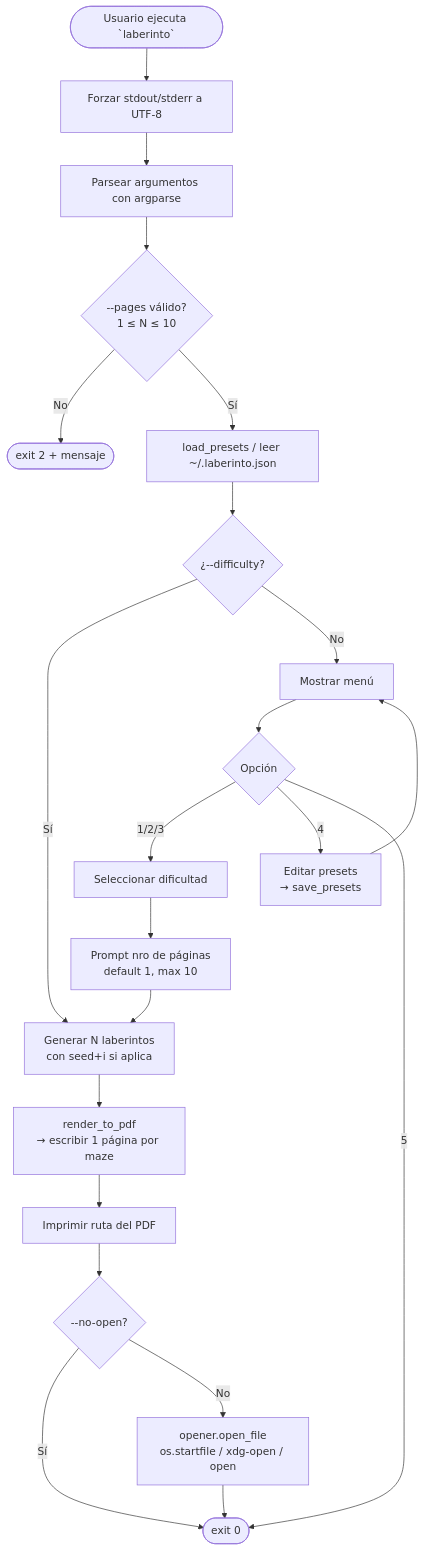
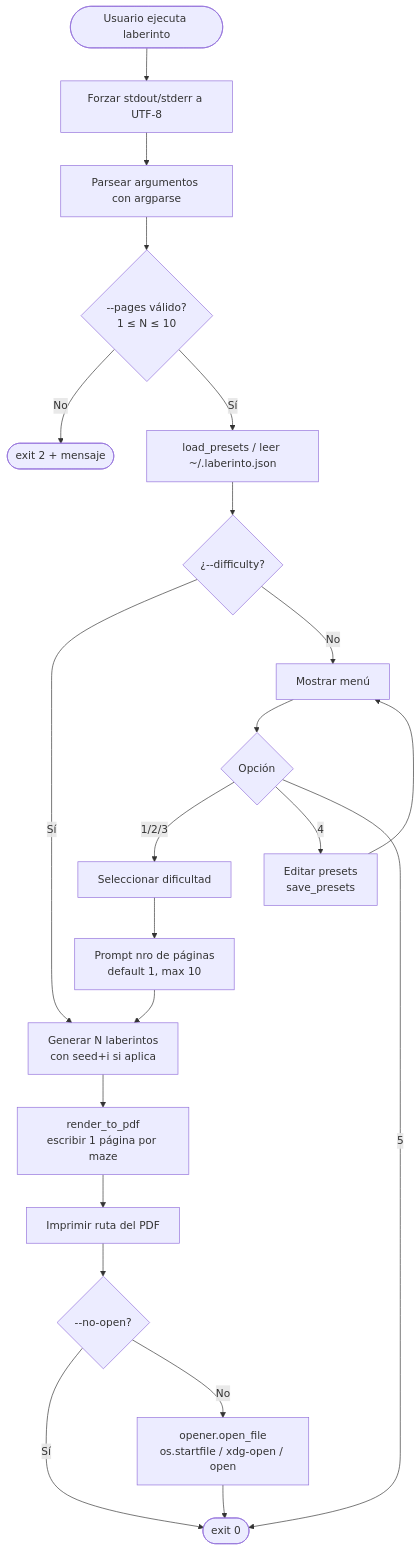
One commit to walticogt/python-laberinto changed the second of 3 diagrams in README.md. Above: the diagram before and after it, drawn with Mermaid. The commit also changed other lines of this file, not shown here.

Commit message:
README: fix Mermaid parse error in algorithm diagram
The algorithm flowchart's Start node had unquoted brackets in its label
(stack = [(0,0)]<br/>visited = {(0,0)}), which Mermaid parsed as
nested shape syntax and rejected with "Expecting CYLINDEREND, got
CYLINDERSTART".

Quoting all labels with double quotes makes them literal text and is the
documented escape mechanism for special characters. Applied the same
defensive quoting to the run-flow diagram so future edits don't trip on
the same issue.

````diff
--- a/README.md
+++ b/README.md
@@ -257,24 +257,24 @@
 ```mermaid
 flowchart TD
-    Start([Usuario ejecuta `laberinto`]) --> UTF8[Forzar stdout/stderr a UTF-8]
-    UTF8 --> Parse[Parsear argumentos con argparse]
-    Parse --> ValP{--pages válido?<br/>1 ≤ N ≤ 10}
-    ValP -->|No| Err2([exit 2 + mensaje])
-    ValP -->|Sí| Load[load_presets / leer ~/.laberinto.json]
-    Load --> HasDiff{¿--difficulty?}
+    Start(["Usuario ejecuta laberinto"]) --> UTF8["Forzar stdout/stderr a UTF-8"]
+    UTF8 --> Parse["Parsear argumentos con argparse"]
+    Parse --> ValP{"--pages válido?<br/>1 ≤ N ≤ 10"}
+    ValP -->|No| Err2(["exit 2 + mensaje"])
+    ValP -->|Sí| Load["load_presets / leer ~/.laberinto.json"]
+    Load --> HasDiff{"¿--difficulty?"}
     HasDiff -->|Sí| Gen
-    HasDiff -->|No| Menu[Mostrar menú]
-    Menu --> Choice{Opción}
-    Choice -->|1/2/3| SelDiff[Seleccionar dificultad]
-    Choice -->|4| Edit[Editar presets<br/>→ save_presets]
-    Choice -->|5| Exit0([exit 0])
+    HasDiff -->|No| Menu["Mostrar menú"]
+    Menu --> Choice{"Opción"}
+    Choice -->|1/2/3| SelDiff["Seleccionar dificultad"]
+    Choice -->|4| Edit["Editar presets<br/>save_presets"]
+    Choice -->|5| Exit0(["exit 0"])
     Edit --> Menu
-    SelDiff --> PromptP[Prompt nro de páginas<br/>default 1, max 10]
-    PromptP --> Gen[Generar N laberintos<br/>con seed+i si aplica]
-    Gen --> Render[render_to_pdf<br/>→ escribir 1 página por maze]
-    Render --> Print[Imprimir ruta del PDF]
-    Print --> NoOpen{--no-open?}
+    SelDiff --> PromptP["Prompt nro de páginas<br/>default 1, max 10"]
+    PromptP --> Gen["Generar N laberintos<br/>con seed+i si aplica"]
+    Gen --> Render["render_to_pdf<br/>escribir 1 página por maze"]
+    Render --> Print["Imprimir ruta del PDF"]
+    Print --> NoOpen{"--no-open?"}
     NoOpen -->|Sí| Exit0
-    NoOpen -->|No| Open[opener.open_file<br/>os.startfile / xdg-open / open]
+    NoOpen -->|No| Open["opener.open_file<br/>os.startfile / xdg-open / open"]
     Open --> Exit0
 ```
````
